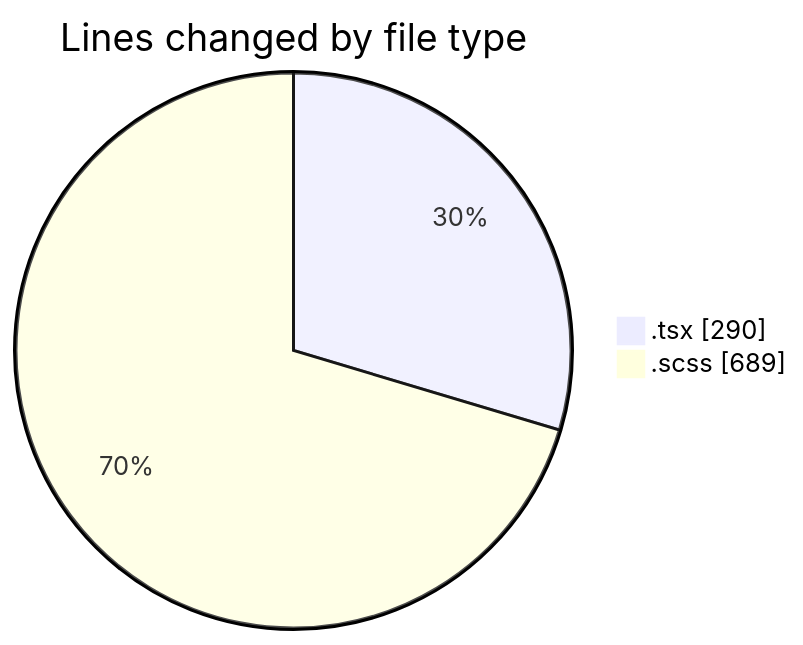
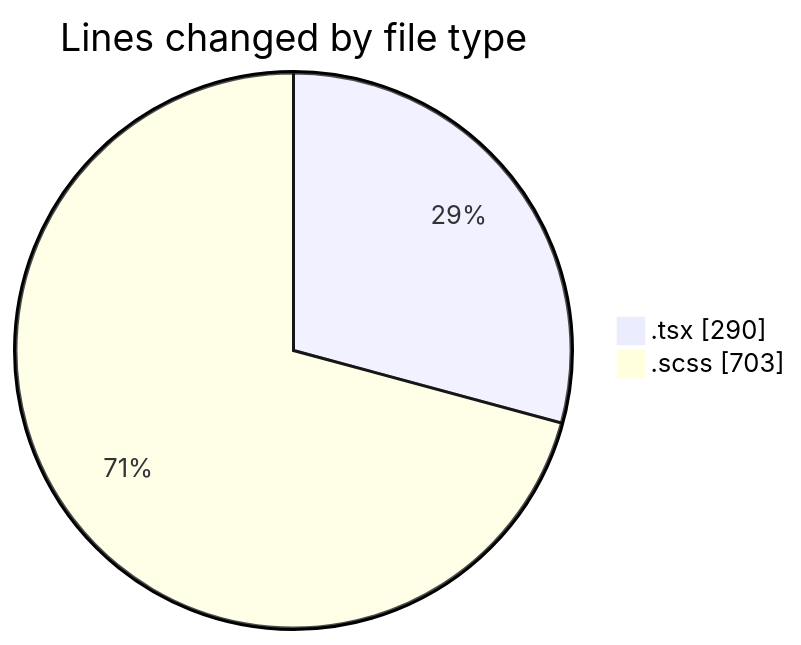
Before and after one commit to momahboobian/code-tracking: the first of 2 diagrams in 2025-09-19/cda/README.md, drawn with Mermaid. The commit also changed other lines of this file and 1 other file, not shown here.

````diff
--- a/2025-09-19/cda/README.md
+++ b/2025-09-19/cda/README.md
@@ -21,6 +21,6 @@
 ```mermaid
 pie showData
 title Lines changed by file type
 ".tsx" : 290
-".scss" : 689
+".scss" : 703
 ```
````
